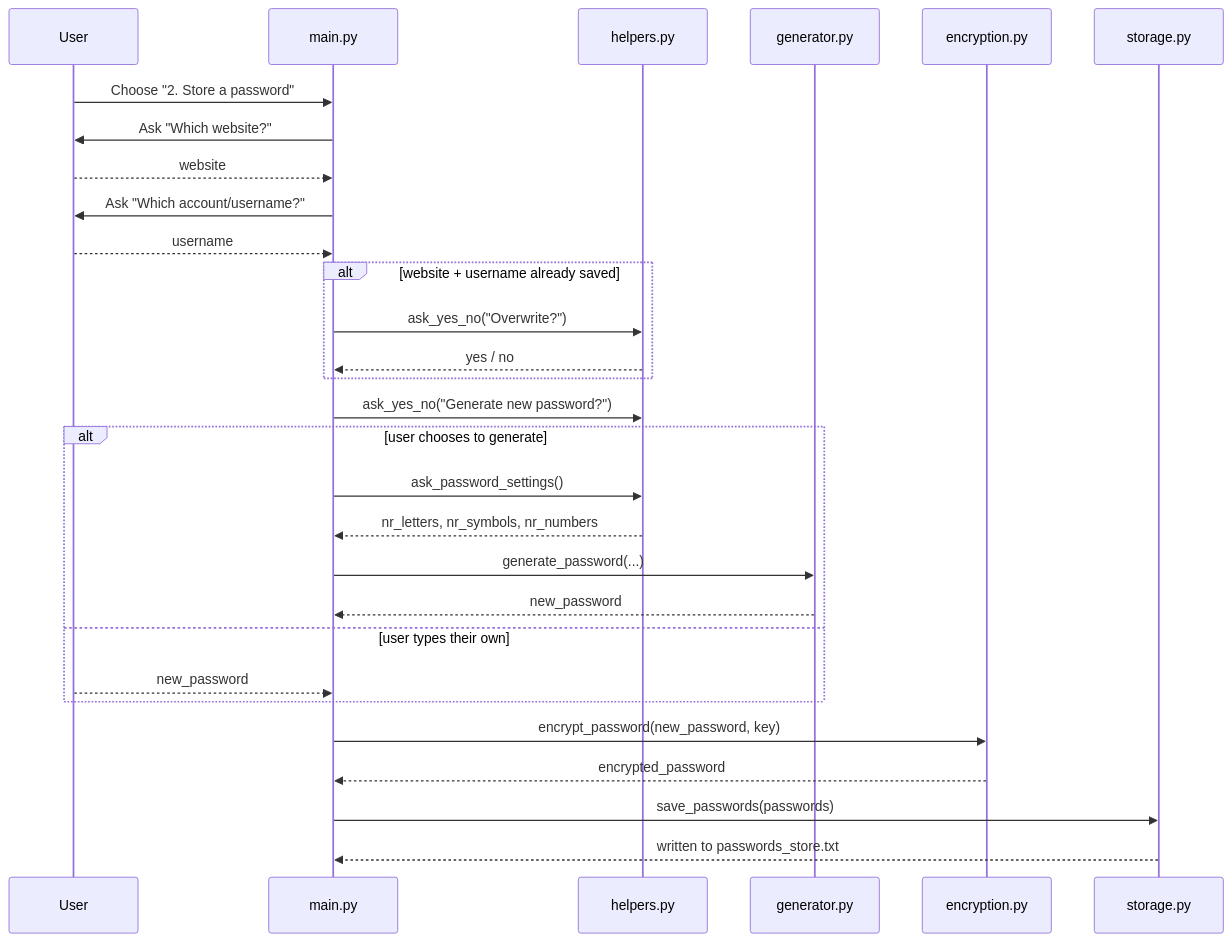
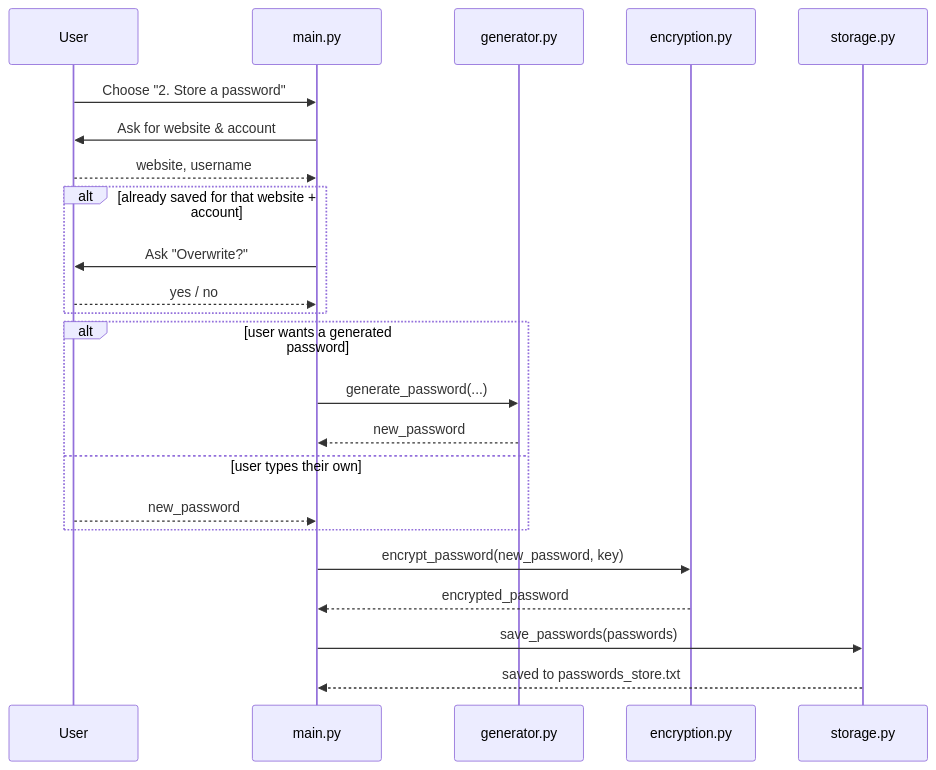
The fifth of 6 diagrams in Design.md (Chaitanya-Kalambkar/Password-Manager.VIT-Project), drawn with Mermaid before and after one commit. The commit also changed other lines of this file, not shown here.

First line of the commit message:
Revise objectives and update system diagrams

````diff
--- a/Design.md
+++ b/Design.md
@@ -129,32 +130,29 @@
 ```mermaid
 sequenceDiagram
     participant U as User
     participant M as main.py
-    participant H as helpers.py
     participant G as generator.py
     participant E as encryption.py
     participant S as storage.py
 
     U->>M: Choose "2. Store a password"
-    M->>U: Ask "Which website?"
-    U-->>M: website
-    M->>U: Ask "Which account/username?"
-    U-->>M: username
-    alt website + username already saved
-        M->>H: ask_yes_no("Overwrite?")
-        H-->>M: yes / no
+    M->>U: Ask for website & account
+    U-->>M: website, username
+
+    alt already saved for that website + account
+        M->>U: Ask "Overwrite?"
+        U-->>M: yes / no
     end
-    M->>H: ask_yes_no("Generate new password?")
-    alt user chooses to generate
-        M->>H: ask_password_settings()
-        H-->>M: nr_letters, nr_symbols, nr_numbers
+
+    alt user wants a generated password
         M->>G: generate_password(...)
         G-->>M: new_password
     else user types their own
         U-->>M: new_password
     end
+
     M->>E: encrypt_password(new_password, key)
     E-->>M: encrypted_password
     M->>S: save_passwords(passwords)
-    S-->>M: written to passwords_store.txt
+    S-->>M: saved to passwords_store.txt
 ```
````
